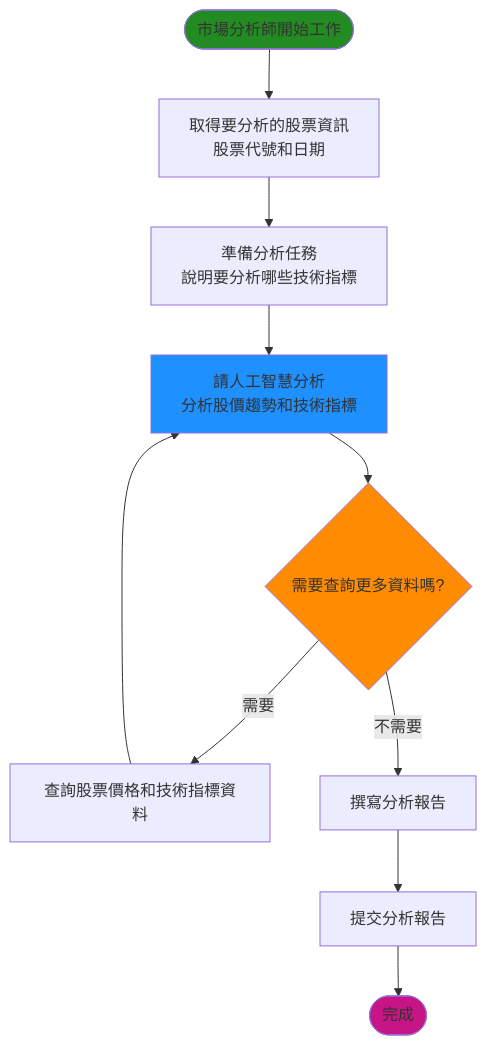
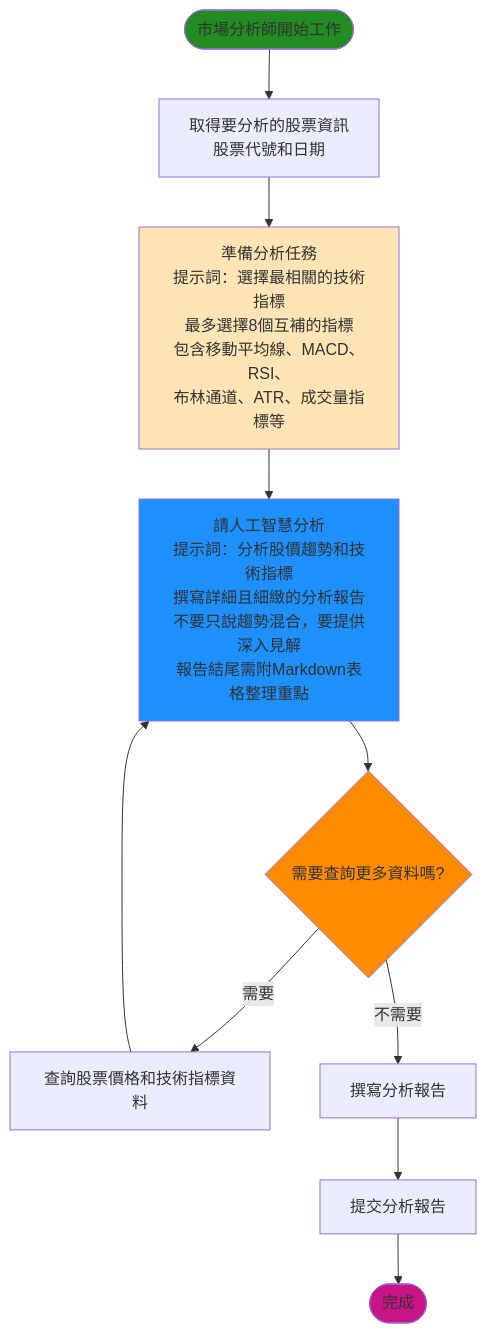
Before and after one commit to chitienshih-wq/Git_Test: the fourth of 9 diagrams in 流程圖_簡化.md, drawn with Mermaid. The commit also changed other lines of this file, not shown here.

````diff
--- a/流程圖_簡化.md
+++ b/流程圖_簡化.md
@@ -98,23 +104,24 @@
 ```mermaid
 flowchart TD
     Start([市場分析師開始工作]) --> GetInfo[取得要分析的股票資訊<br/>股票代號和日期]
     
-    GetInfo --> PrepareTask[準備分析任務<br/>說明要分析哪些技術指標]
+    GetInfo --> PrepareTask[準備分析任務<br/>提示詞：選擇最相關的技術指標<br/>最多選擇8個互補的指標<br/>包含移動平均線、MACD、RSI、<br/>布林通道、ATR、成交量指標等]
     
-    PrepareTask --> AskAI[請人工智慧分析<br/>分析股價趨勢和技術指標]
+    PrepareTask --> AskAI[請人工智慧分析<br/>提示詞：分析股價趨勢和技術指標<br/>撰寫詳細且細緻的分析報告<br/>不要只說趨勢混合，要提供深入見解<br/>報告結尾需附Markdown表格整理重點]
     
     AskAI --> CheckNeedData{需要查詢更多資料嗎?}
     
     CheckNeedData -->|需要| QueryData[查詢股票價格和技術指標資料]
     CheckNeedData -->|不需要| WriteReport[撰寫分析報告]
     
     QueryData --> AskAI
     
     WriteReport --> Return[提交分析報告]
     Return --> End([完成])
     
     style Start fill:#228B22
     style End fill:#C71585
     style CheckNeedData fill:#FF8C00
     style AskAI fill:#1E90FF
+    style PrepareTask fill:#FFE4B5
 ```
````
